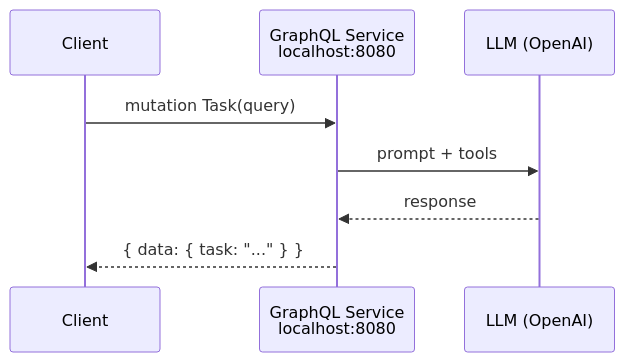
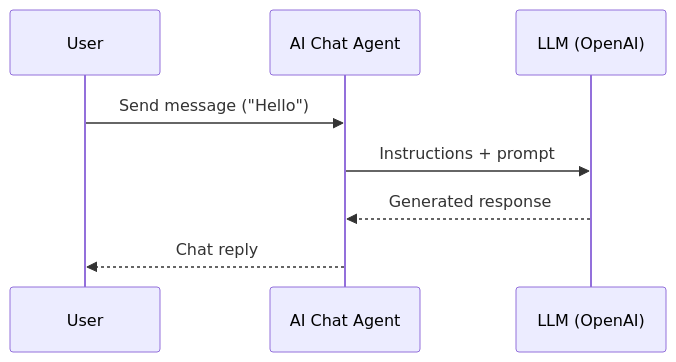
The diagram in docs/get-started/quick-start-ai-agent.md (Sachindu-Nethmin/docs-integrator), drawn with Mermaid before and after one commit. The commit also changed other lines of this file and 881 other files, not shown here.

````diff
--- a/docs/get-started/quick-start-ai-agent.md
+++ b/docs/get-started/quick-start-ai-agent.md
@@ -16,11 +18,11 @@
 ```mermaid
 sequenceDiagram
-    participant Client
-    participant Service as GraphQL Service<br/>localhost:8080
+    participant User
+    participant Agent as AI Chat Agent
     participant LLM as LLM (OpenAI)
 
-    Client->>Service: mutation Task(query)
-    Service->>LLM: prompt + tools
-    LLM-->>Service: response
-    Service-->>Client: { data: { task: "..." } }
+    User->>Agent: Send message ("Hello")
+    Agent->>LLM: Instructions + prompt
+    LLM-->>Agent: Generated response
+    Agent-->>User: Chat reply
 ```
````
